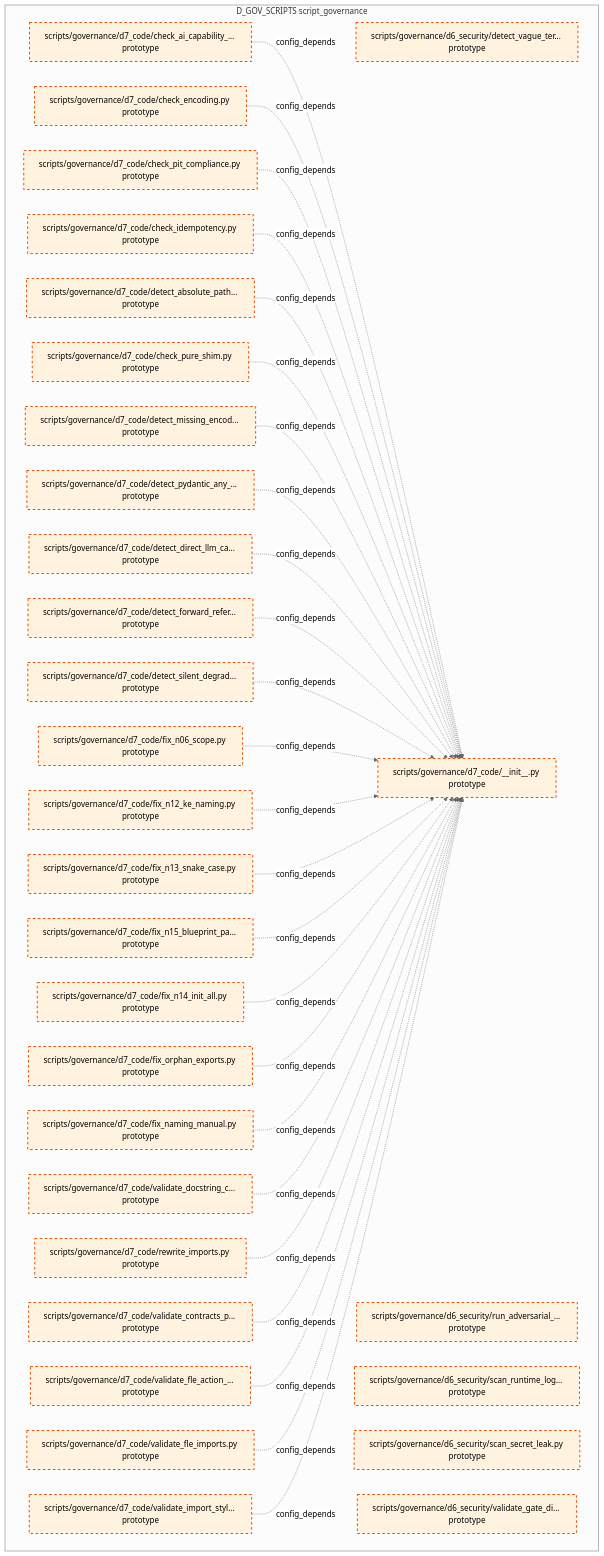
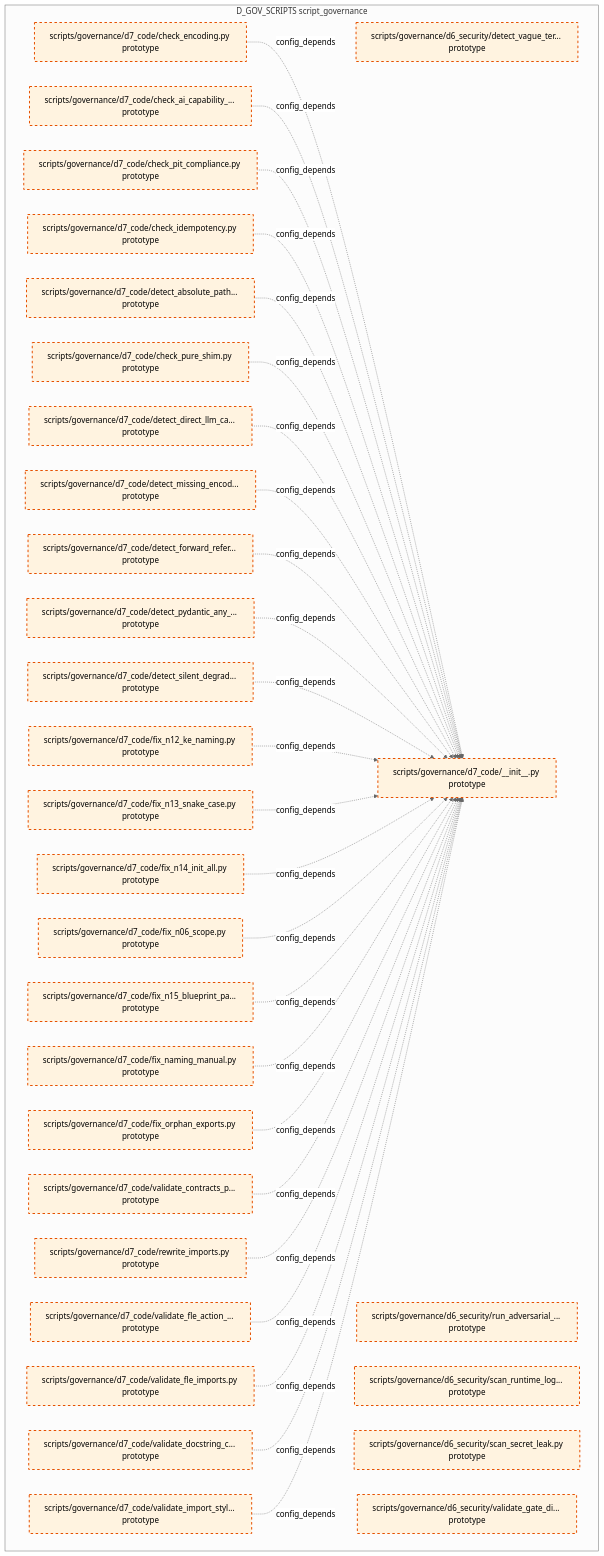
Before and after one commit to xuanFelixVan/ZephyrAlpha: the tenth of 15 diagrams in docs/02_enterprise_architecture/02_domain_architecture_docs/36_d_gov_scripts.md, drawn with Mermaid (neutral theme). The commit also changed other lines of this file and 99 other files, not shown here.

````diff
--- a/docs/02_enterprise_architecture/02_domain_architecture_docs/36_d_gov_scripts.md
+++ b/docs/02_enterprise_architecture/02_domain_architecture_docs/36_d_gov_scripts.md
@@ -694,64 +692,64 @@
 ```mermaid
 graph TD
     subgraph D_GOV_SCRIPTS["D_GOV_SCRIPTS script_governance"]
         scripts_governance_d6_security_detect_vague_terms_py["scripts/governance/d6_security/detect_vague_ter... prototype"]
         scripts_governance_d6_security_run_adversarial_checks_py["scripts/governance/d6_security/run_adversarial_... prototype"]
         scripts_governance_d6_security_scan_runtime_log_secrets_py["scripts/governance/d6_security/scan_runtime_log... prototype"]
         scripts_governance_d6_security_scan_secret_leak_py["scripts/governance/d6_security/scan_secret_leak.py prototype"]
         scripts_governance_d6_security_validate_gate_discipline_py["scripts/governance/d6_security/validate_gate_di... prototype"]
         scripts_governance_d7_code_init_py["scripts/governance/d7_code/__init__.py prototype"]
         scripts_governance_d7_code_check_ai_capability_boundary_py["scripts/governance/d7_code/check_ai_capability_... prototype"]
         scripts_governance_d7_code_check_encoding_py["scripts/governance/d7_code/check_encoding.py prototype"]
         scripts_governance_d7_code_check_idempotency_py["scripts/governance/d7_code/check_idempotency.py prototype"]
         scripts_governance_d7_code_check_pit_compliance_py["scripts/governance/d7_code/check_pit_compliance.py prototype"]
         scripts_governance_d7_code_check_pure_shim_py["scripts/governance/d7_code/check_pure_shim.py prototype"]
         scripts_governance_d7_code_detect_absolute_path_hardcoding_py["scripts/governance/d7_code/detect_absolute_path... prototype"]
         scripts_governance_d7_code_detect_direct_llm_calls_py["scripts/governance/d7_code/detect_direct_llm_ca... prototype"]
         scripts_governance_d7_code_detect_forward_reference_py["scripts/governance/d7_code/detect_forward_refer... prototype"]
         scripts_governance_d7_code_detect_missing_encoding_py["scripts/governance/d7_code/detect_missing_encod... prototype"]
         scripts_governance_d7_code_detect_pydantic_any_fields_py["scripts/governance/d7_code/detect_pydantic_any_... prototype"]
         scripts_governance_d7_code_detect_silent_degradation_py["scripts/governance/d7_code/detect_silent_degrad... prototype"]
         scripts_governance_d7_code_fix_n06_scope_py["scripts/governance/d7_code/fix_n06_scope.py prototype"]
         scripts_governance_d7_code_fix_n12_ke_naming_py["scripts/governance/d7_code/fix_n12_ke_naming.py prototype"]
         scripts_governance_d7_code_fix_n13_snake_case_py["scripts/governance/d7_code/fix_n13_snake_case.py prototype"]
         scripts_governance_d7_code_fix_n14_init_all_py["scripts/governance/d7_code/fix_n14_init_all.py prototype"]
         scripts_governance_d7_code_fix_n15_blueprint_path_py["scripts/governance/d7_code/fix_n15_blueprint_pa... prototype"]
         scripts_governance_d7_code_fix_naming_manual_py["scripts/governance/d7_code/fix_naming_manual.py prototype"]
         scripts_governance_d7_code_fix_orphan_exports_py["scripts/governance/d7_code/fix_orphan_exports.py prototype"]
         scripts_governance_d7_code_rewrite_imports_py["scripts/governance/d7_code/rewrite_imports.py prototype"]
         scripts_governance_d7_code_validate_contracts_purity_py["scripts/governance/d7_code/validate_contracts_p... prototype"]
         scripts_governance_d7_code_validate_docstring_coverage_py["scripts/governance/d7_code/validate_docstring_c... prototype"]
         scripts_governance_d7_code_validate_fle_action_metadata_py["scripts/governance/d7_code/validate_fle_action_... prototype"]
         scripts_governance_d7_code_validate_fle_imports_py["scripts/governance/d7_code/validate_fle_imports.py prototype"]
         scripts_governance_d7_code_validate_import_style_py["scripts/governance/d7_code/validate_import_styl... prototype"]
     end
+    scripts_governance_d7_code_check_encoding_py -.->|config_depends| scripts_governance_d7_code_init_py
     scripts_governance_d7_code_check_ai_capability_boundary_py -.->|config_depends| scripts_governance_d7_code_init_py
-    scripts_governance_d7_code_check_encoding_py -.->|config_depends| scripts_governance_d7_code_init_py
     scripts_governance_d7_code_check_pit_compliance_py -.->|config_depends| scripts_governance_d7_code_init_py
     scripts_governance_d7_code_check_idempotency_py -.->|config_depends| scripts_governance_d7_code_init_py
     scripts_governance_d7_code_detect_absolute_path_hardcoding_py -.->|config_depends| scripts_governance_d7_code_init_py
     scripts_governance_d7_code_check_pure_shim_py -.->|config_depends| scripts_governance_d7_code_init_py
+    scripts_governance_d7_code_detect_direct_llm_calls_py -.->|config_depends| scripts_governance_d7_code_init_py
     scripts_governance_d7_code_detect_missing_encoding_py -.->|config_depends| scripts_governance_d7_code_init_py
+    scripts_governance_d7_code_detect_forward_reference_py -.->|config_depends| scripts_governance_d7_code_init_py
     scripts_governance_d7_code_detect_pydantic_any_fields_py -.->|config_depends| scripts_governance_d7_code_init_py
-    scripts_governance_d7_code_detect_direct_llm_calls_py -.->|config_depends| scripts_governance_d7_code_init_py
-    scripts_governance_d7_code_detect_forward_reference_py -.->|config_depends| scripts_governance_d7_code_init_py
     scripts_governance_d7_code_detect_silent_degradation_py -.->|config_depends| scripts_governance_d7_code_init_py
-    scripts_governance_d7_code_fix_n06_scope_py -.->|config_depends| scripts_governance_d7_code_init_py
     scripts_governance_d7_code_fix_n12_ke_naming_py -.->|config_depends| scripts_governance_d7_code_init_py
     scripts_governance_d7_code_fix_n13_snake_case_py -.->|config_depends| scripts_governance_d7_code_init_py
+    scripts_governance_d7_code_fix_n14_init_all_py -.->|config_depends| scripts_governance_d7_code_init_py
+    scripts_governance_d7_code_fix_n06_scope_py -.->|config_depends| scripts_governance_d7_code_init_py
     scripts_governance_d7_code_fix_n15_blueprint_path_py -.->|config_depends| scripts_governance_d7_code_init_py
-    scripts_governance_d7_code_fix_n14_init_all_py -.->|config_depends| scripts_governance_d7_code_init_py
+    scripts_governance_d7_code_fix_naming_manual_py -.->|config_depends| scripts_governance_d7_code_init_py
     scripts_governance_d7_code_fix_orphan_exports_py -.->|config_depends| scripts_governance_d7_code_init_py
-    scripts_governance_d7_code_fix_naming_manual_py -.->|config_depends| scripts_governance_d7_code_init_py
-    scripts_governance_d7_code_validate_docstring_coverage_py -.->|config_depends| scripts_governance_d7_code_init_py
+    scripts_governance_d7_code_validate_contracts_purity_py -.->|config_depends| scripts_governance_d7_code_init_py
     scripts_governance_d7_code_rewrite_imports_py -.->|config_depends| scripts_governance_d7_code_init_py
-    scripts_governance_d7_code_validate_contracts_purity_py -.->|config_depends| scripts_governance_d7_code_init_py
     scripts_governance_d7_code_validate_fle_action_metadata_py -.->|config_depends| scripts_governance_d7_code_init_py
     scripts_governance_d7_code_validate_fle_imports_py -.->|config_depends| scripts_governance_d7_code_init_py
+    scripts_governance_d7_code_validate_docstring_coverage_py -.->|config_depends| scripts_governance_d7_code_init_py
     scripts_governance_d7_code_validate_import_style_py -.->|config_depends| scripts_governance_d7_code_init_py
     classDef production fill:#e1f5fe,stroke:#01579b,stroke-width:2px,color:#000
     classDef design fill:#fff3e0,stroke:#e65100,stroke-width:2px,color:#000,stroke-dasharray: 5 5
     classDef external_prod fill:#e8f5e9,stroke:#1b5e20,stroke-width:1px,color:#000
     classDef external_design fill:#fce4ec,stroke:#880e4f,stroke-width:1px,color:#000,stroke-dasharray: 5 5
     class scripts_governance_d6_security_detect_vague_terms_py,scripts_governance_d6_security_run_adversarial_checks_py,scripts_governance_d6_security_scan_runtime_log_secrets_py,scripts_governance_d6_security_scan_secret_leak_py,scripts_governance_d6_security_validate_gate_discipline_py,scripts_governance_d7_code_init_py,scripts_governance_d7_code_check_ai_capability_boundary_py,scripts_governance_d7_code_check_encoding_py,scripts_governance_d7_code_check_idempotency_py,scripts_governance_d7_code_check_pit_compliance_py,scripts_governance_d7_code_check_pure_shim_py,scripts_governance_d7_code_detect_absolute_path_hardcoding_py,scripts_governance_d7_code_detect_direct_llm_calls_py,scripts_governance_d7_code_detect_forward_reference_py,scripts_governance_d7_code_detect_missing_encoding_py,scripts_governance_d7_code_detect_pydantic_any_fields_py,scripts_governance_d7_code_detect_silent_degradation_py,scripts_governance_d7_code_fix_n06_scope_py,scripts_governance_d7_code_fix_n12_ke_naming_py,scripts_governance_d7_code_fix_n13_snake_case_py,scripts_governance_d7_code_fix_n14_init_all_py,scripts_governance_d7_code_fix_n15_blueprint_path_py,scripts_governance_d7_code_fix_naming_manual_py,scripts_governance_d7_code_fix_orphan_exports_py,scripts_governance_d7_code_rewrite_imports_py,scripts_governance_d7_code_validate_contracts_purity_py,scripts_governance_d7_code_validate_docstring_coverage_py,scripts_governance_d7_code_validate_fle_action_metadata_py,scripts_governance_d7_code_validate_fle_imports_py,scripts_governance_d7_code_validate_import_style_py design
 ```
````
